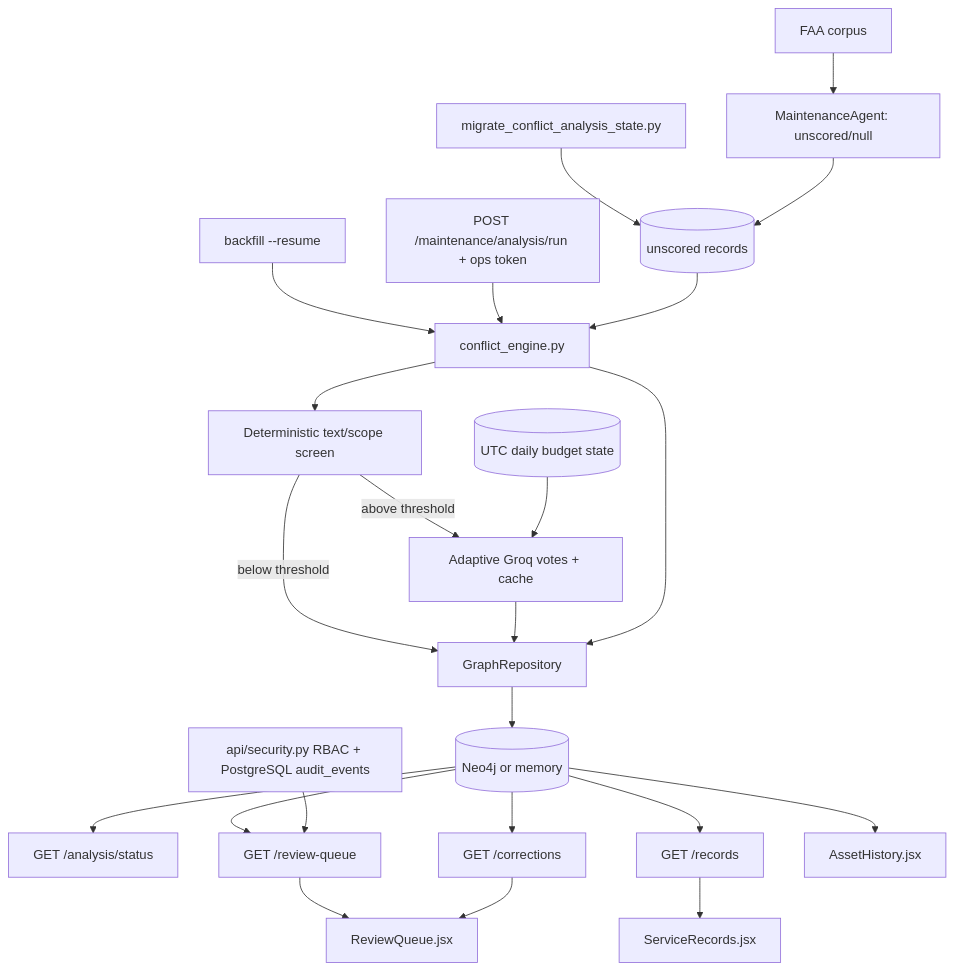
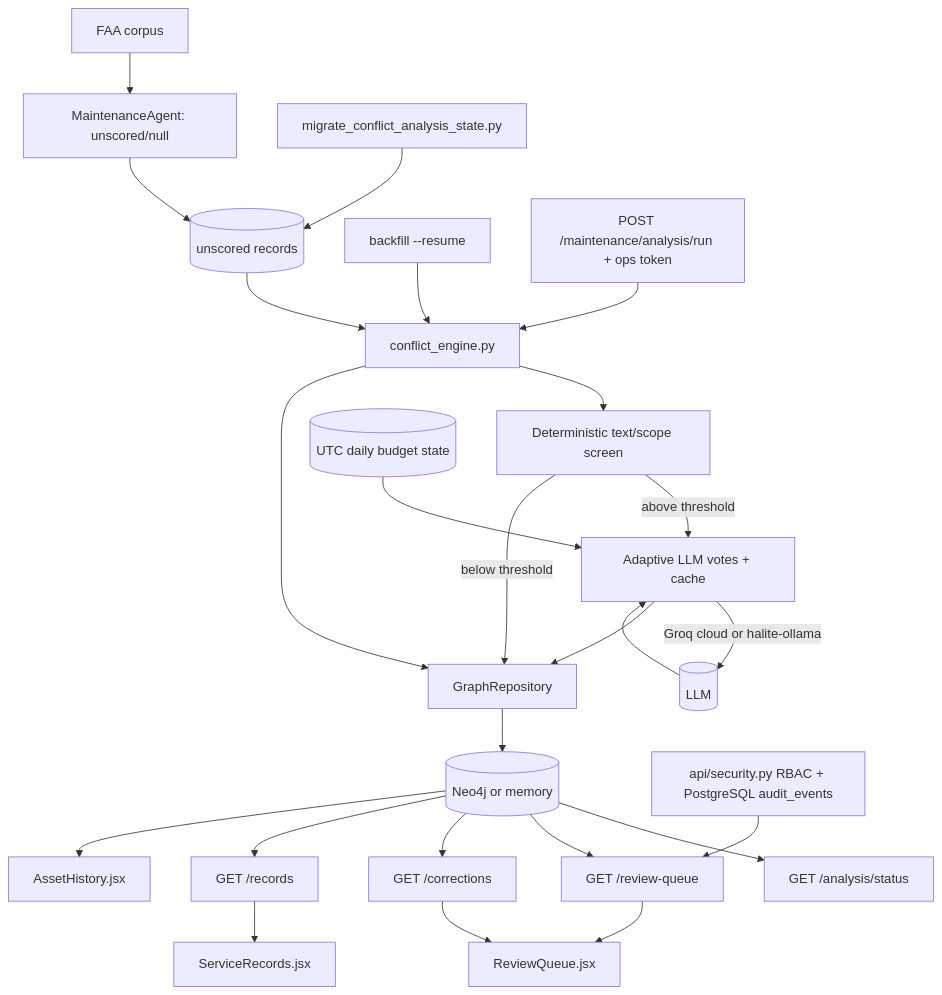
Before and after one commit to umaritics/halite: the diagram in knowledge/flows/FLOW-conflict-review.md, drawn with Mermaid. The commit also changed other lines of this file and 10 other files, not shown here.

````diff
--- a/knowledge/flows/FLOW-conflict-review.md
+++ b/knowledge/flows/FLOW-conflict-review.md
@@ -56,25 +56,27 @@
 ```mermaid
 flowchart TB
   CSV[FAA corpus] --> IN[MaintenanceAgent: unscored/null]
   MIG[migrate_conflict_analysis_state.py] --> U[(unscored records)]
   IN --> U
   CLI[backfill --resume] --> CE[conflict_engine.py]
   RUN[POST /maintenance/analysis/run + ops token] --> CE
   U --> CE
   CE --> SC[Deterministic text/scope screen]
-  SC -->|above threshold| G[Adaptive Groq votes + cache]
+  SC -->|above threshold| G[Adaptive LLM votes + cache]
   SC -->|below threshold| GR
   B[(UTC daily budget state)] --> G
+  G -->|Groq cloud or halite-ollama| LLM[(LLM)]
+  LLM --> G
   G --> GR
   CE --> GR[GraphRepository]
   GR --> N[(Neo4j or memory)]
   N --> ST[GET /analysis/status]
   N --> RQ[GET /review-queue]
   N --> COR[GET /corrections]
   N --> REC[GET /records]
   RQ --> UI[ReviewQueue.jsx]
   AUTH[api/security.py RBAC + PostgreSQL audit_events] --> RQ
   COR --> UI
   REC --> SR[ServiceRecords.jsx]
   N --> AH[AssetHistory.jsx]
 ```
````
